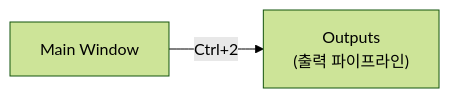
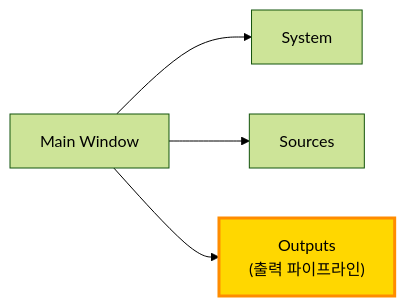
One commit to garimto81/ebs changed the sixth of 14 diagrams in docs/01_PokerGFX_Analysis/PRD-0004-EBS-Server-UI-Design.md. Above: the diagram before and after it, drawn with Mermaid (forest theme). The commit also changed other lines of this file, not shown here.

First line of the commit message:
docs(prd-0004): 탭 순서 재정의 및 Ctrl+ 단축키 제거 (v20.0.0)

````diff
--- a/docs/01_PokerGFX_Analysis/PRD-0004-EBS-Server-UI-Design.md
+++ b/docs/01_PokerGFX_Analysis/PRD-0004-EBS-Server-UI-Design.md
@@ -363,4 +468,11 @@
 ```mermaid
 flowchart LR
-    MW["Main Window"] -->|"Ctrl+2"| OUT["Outputs<br/>(출력 파이프라인)"]
+    MW["Main Window"]
+    SYS["System"]
+    SRC["Sources"]
+    OUT["Outputs<br/>(출력 파이프라인)"]
+    style OUT fill:#FFD700,stroke:#FF8C00,stroke-width:3px
+    MW --> SYS
+    MW --> SRC
+    MW --> OUT
 ```
````
